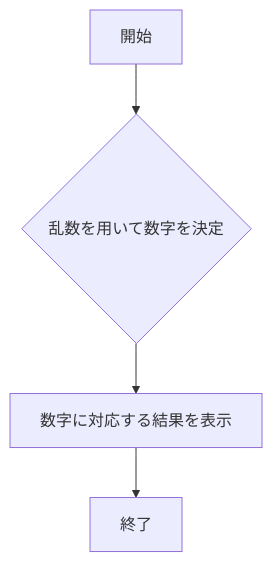
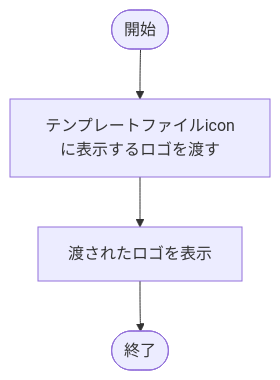
Before and after one commit to tubuanko/webpro_06: the third of 7 diagrams in README.md, drawn with Mermaid. The commit also changed other lines of this file and 1 other file, not shown here.

````diff
--- a/README.md
+++ b/README.md
@@ -134,13 +85,7 @@
 ```mermaid
 flowchart TD;
-start["開始"];
-random{"乱数を用いて数字を決定"}
-数字に対応する結果を表示
-end1["終了"]
-random{"乱数を用いて数字を決定"}
-
-
-start --> random　--> 数字に対応する結果を表示
--->end1
-
+    
+    start([開始]) --> a[テンプレートファイルiconに表示するロゴを渡す]
+     --> c[渡されたロゴを表示]
+     --> d([終了])
 ```
````
